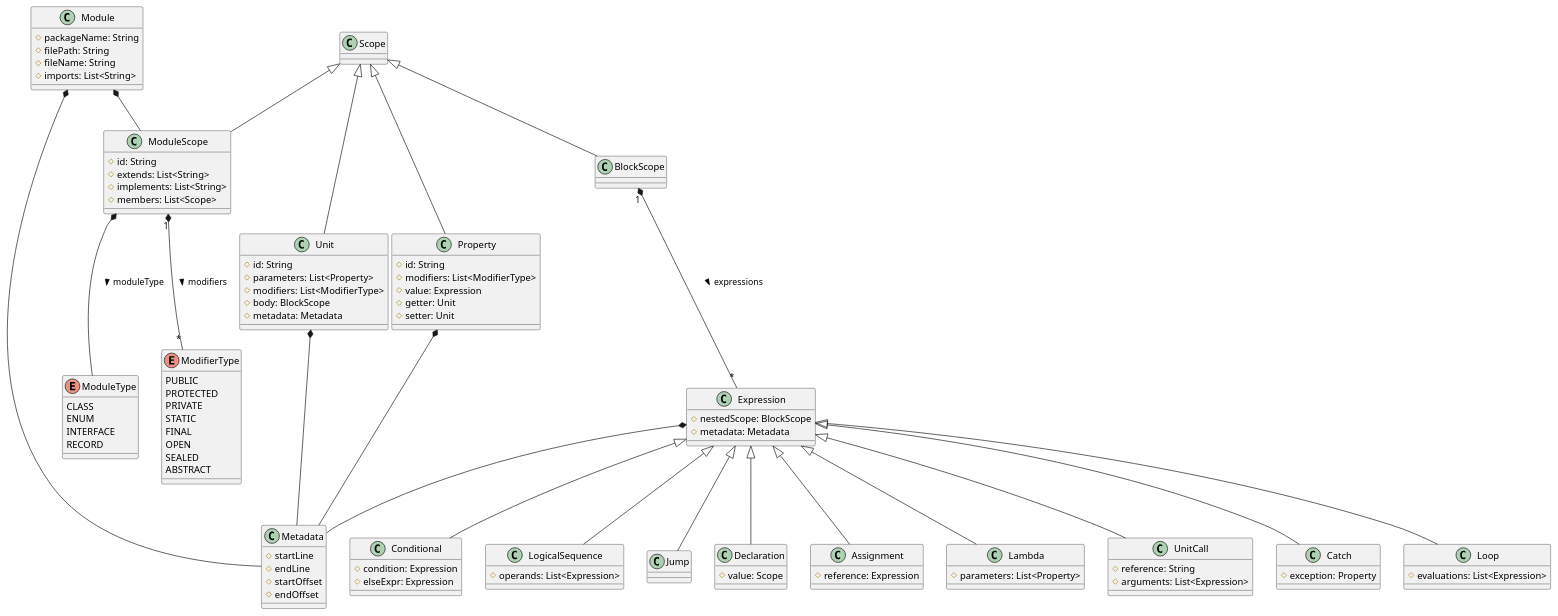
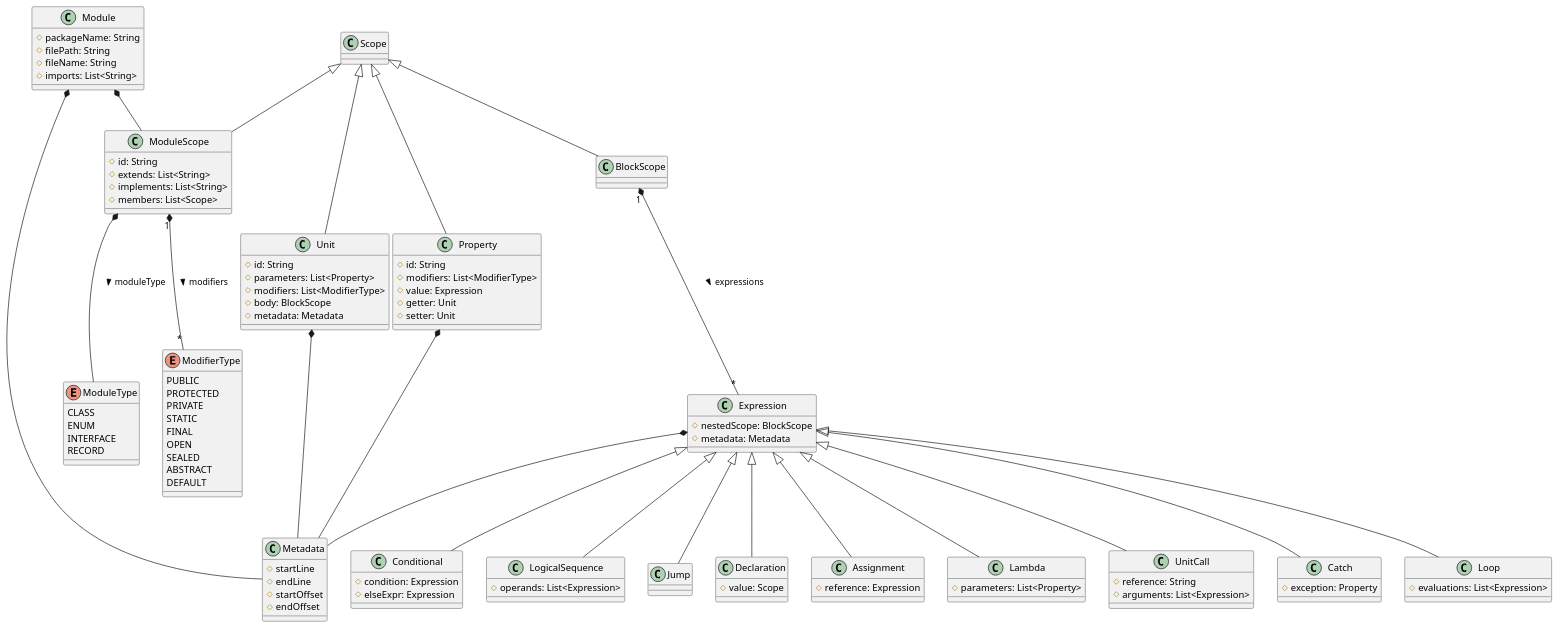
Before and after one commit to MarnickvdA/LAMP-Framework: the diagram in docs/metamodel-v2-1.plantuml, drawn with PlantUML. The commit also changed 3 other files, not shown here.

```diff
--- a/docs/metamodel-v2-1.plantuml
+++ b/docs/metamodel-v2-1.plantuml
@@ -1,111 +1,112 @@
 @startuml
 class Module
 class Scope
 class ModuleScope
 class Unit
 class Property
 class Expression
 class BlockScope
 class Metadata
 
 class Loop
 class Conditional
 class LogicalSequence
 class Jump
 class Declaration
 class Assignment
 class Lambda
 class UnitCall
 
 enum ModuleType {
     CLASS
     ENUM
     INTERFACE
     RECORD
 }
 
 enum ModifierType {
     PUBLIC
     PROTECTED
     PRIVATE
     STATIC
     FINAL
     OPEN
     SEALED
     ABSTRACT
+    DEFAULT
 }
 
 Module : # packageName: String
 Module : # filePath: String
 Module : # fileName: String
 Module : # imports: List<String>
 Module *-- ModuleScope
 Module *-- Metadata
 
 Scope <|-- ModuleScope
 Scope <|-- Unit
 Scope <|-- Property
 Scope <|-- BlockScope
 
 ModuleScope : # id: String
 ModuleScope : # extends: List<String>
 ModuleScope : # implements: List<String>
 ModuleScope : # members: List<Scope>
 ModuleScope "1" *-- "*" ModifierType : modifiers >
 ModuleScope *-- ModuleType : moduleType >
 
 Unit : # id: String
 Unit : # parameters: List<Property>
 Unit : # modifiers: List<ModifierType>
 Unit : # body: BlockScope
 Unit : # metadata: Metadata
 
 Property : # id: String
 Property : # modifiers: List<ModifierType>
 Property : # value: Expression
 Property : # getter: Unit
 Property : # setter: Unit
 
 BlockScope "1" *-- "*" Expression : expressions >
 
 Expression : # nestedScope: BlockScope
 Expression : # metadata: Metadata
 
 Expression <|-- Loop
 Expression <|-- Conditional
 Expression <|-- LogicalSequence
 Expression <|-- Jump
 Expression <|-- Declaration
 Expression <|-- Assignment
 Expression <|-- Lambda
 Expression <|-- UnitCall
 Expression <|-- Catch
 
 Catch : # exception: Property
 
 Loop : # evaluations: List<Expression>
 
 Conditional : # condition: Expression
 Conditional : # elseExpr: Expression
 
 LogicalSequence : # operands: List<Expression>
 
 Lambda : # parameters: List<Property>
 
 UnitCall : # reference: String
 UnitCall : # arguments: List<Expression>
 
 Declaration : # value: Scope
 
 Assignment : # reference: Expression
 
 Unit *-- Metadata
 Property *-- Metadata
 Expression *-- Metadata
 
 Metadata : # startLine
 Metadata : # endLine
 Metadata : # startOffset
 Metadata : # endOffset
 
 @enduml
```
